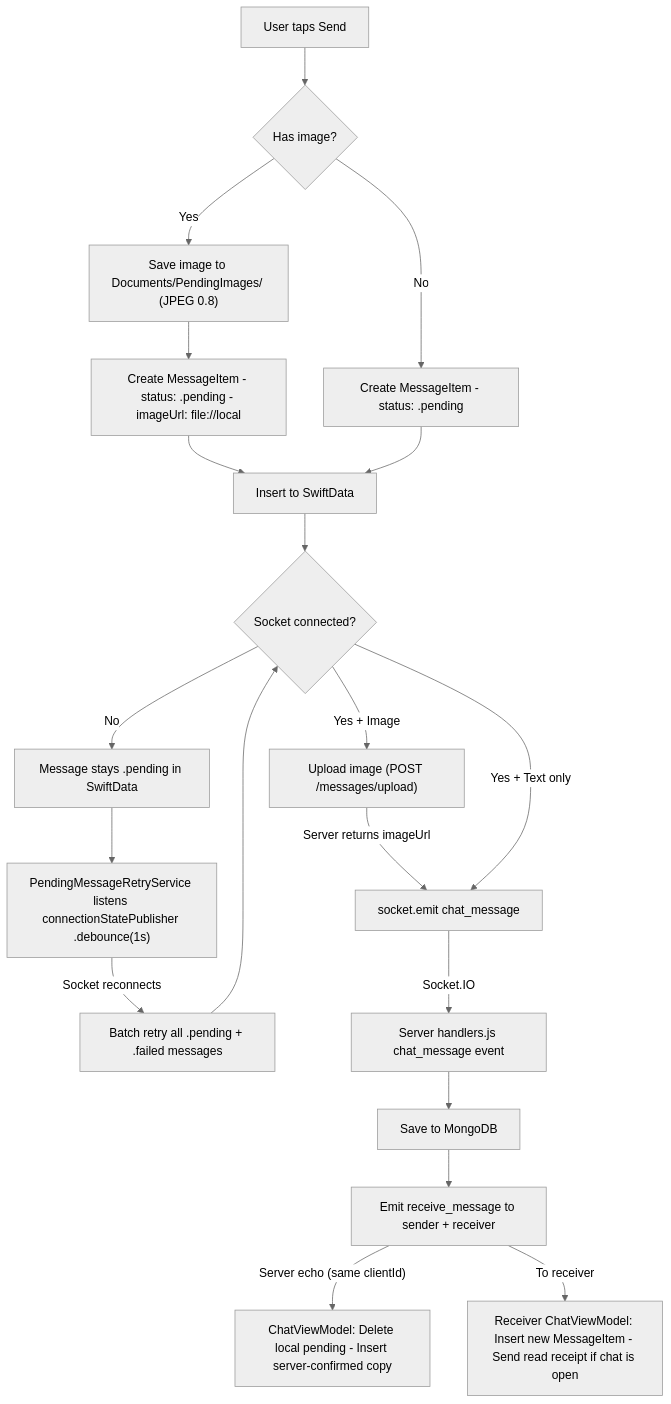
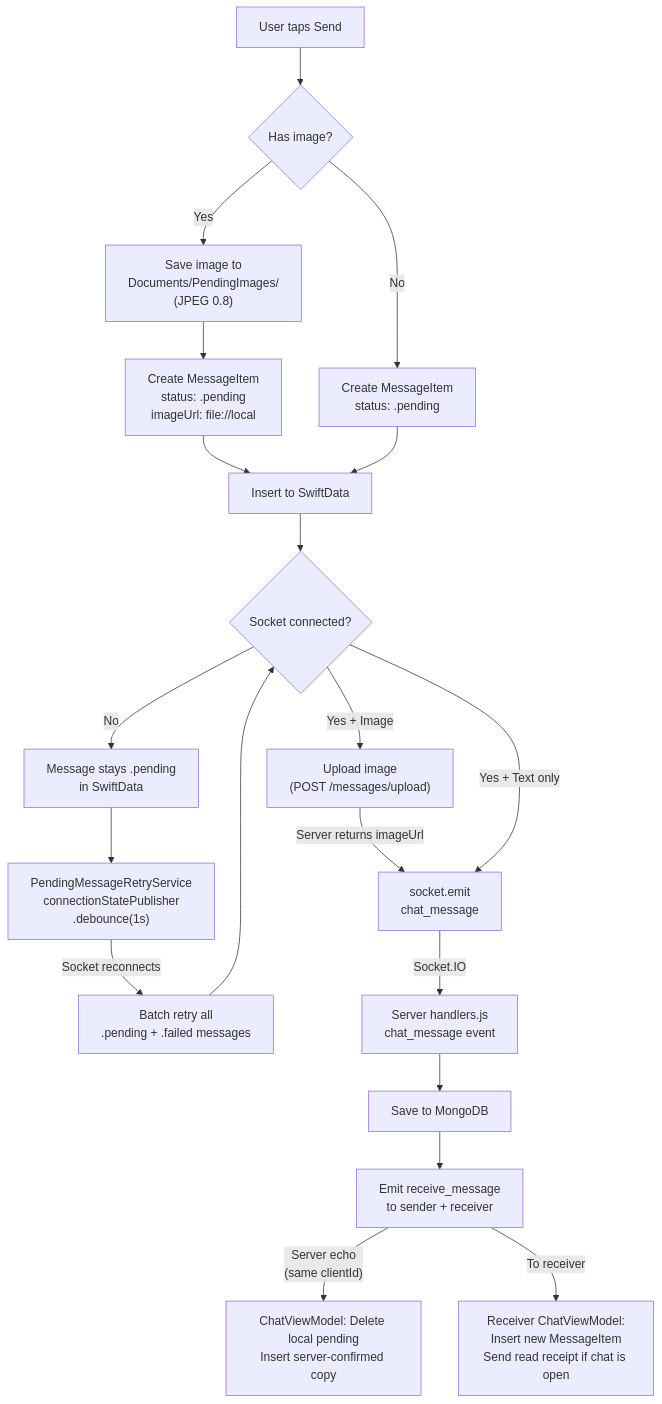
One commit to denizyakar/SoniApp changed the third of 6 diagrams in README.md. Above: the diagram before and after it, drawn with Mermaid. The commit also changed other lines of this file, not shown here.

````diff
--- a/README.md
+++ b/README.md
@@ -164,31 +162,30 @@
 ```mermaid
-%%{init: {"theme": "neutral"}}%%
 flowchart TD
     A["User taps Send"] --> B{"Has image?"}
 
-    B -->|"Yes"| C["Save image to Documents/PendingImages/ (JPEG 0.8)"]
-    C --> D["Create MessageItem - status: .pending - imageUrl: file://local"]
-    B -->|"No"| D2["Create MessageItem - status: .pending"]
+    B -->|"Yes"| C["Save image to<br>Documents/PendingImages/<br>(JPEG 0.8)"]
+    C --> D["Create MessageItem<br>status: .pending<br>imageUrl: file://local"]
+    B -->|"No"| D2["Create MessageItem<br>status: .pending"]
 
     D --> E["Insert to SwiftData"]
     D2 --> E
 
     E --> F{"Socket connected?"}
 
-    F -->|"Yes + Image"| G["Upload image (POST /messages/upload)"]
-    G -->|"Server returns imageUrl"| H["socket.emit chat_message"]
+    F -->|"Yes + Image"| G["Upload image<br>(POST /messages/upload)"]
+    G -->|"Server returns imageUrl"| H["socket.emit<br>chat_message"]
 
     F -->|"Yes + Text only"| H
 
-    F -->|"No"| I["Message stays .pending in SwiftData"]
-    I --> J["PendingMessageRetryService listens connectionStatePublisher .debounce(1s)"]
-    J -->|"Socket reconnects"| K["Batch retry all .pending + .failed messages"]
+    F -->|"No"| I["Message stays .pending<br>in SwiftData"]
+    I --> J["PendingMessageRetryService<br>connectionStatePublisher<br>.debounce(1s)"]
+    J -->|"Socket reconnects"| K["Batch retry all<br>.pending + .failed messages"]
     K --> F
 
-    H -->|"Socket.IO"| L["Server handlers.js chat_message event"]
+    H -->|"Socket.IO"| L["Server handlers.js<br>chat_message event"]
     L --> M["Save to MongoDB"]
-    M --> N["Emit receive_message to sender + receiver"]
+    M --> N["Emit receive_message<br>to sender + receiver"]
 
-    N -->|"Server echo (same clientId)"| O["ChatViewModel: Delete local pending - Insert server-confirmed copy"]
-    N -->|"To receiver"| P["Receiver ChatViewModel: Insert new MessageItem - Send read receipt if chat is open"]
+    N -->|"Server echo<br>(same clientId)"| O["ChatViewModel: Delete local pending<br>Insert server-confirmed copy"]
+    N -->|"To receiver"| P["Receiver ChatViewModel:<br>Insert new MessageItem<br>Send read receipt if chat is open"]
 ```
````
